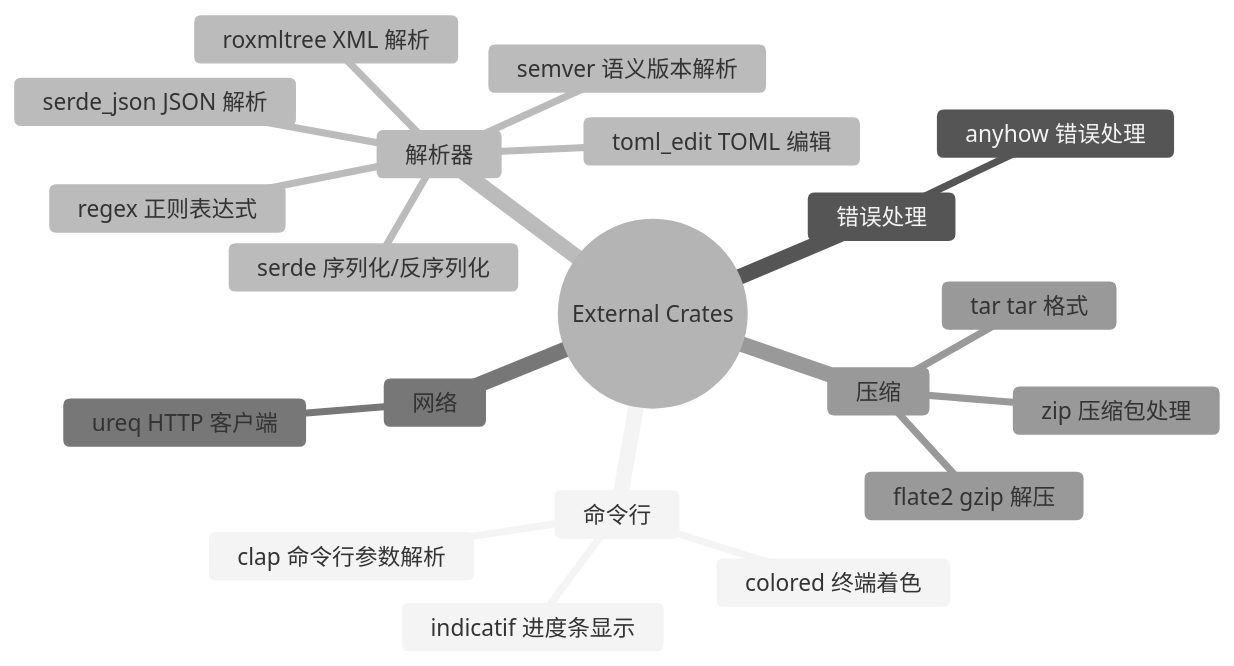
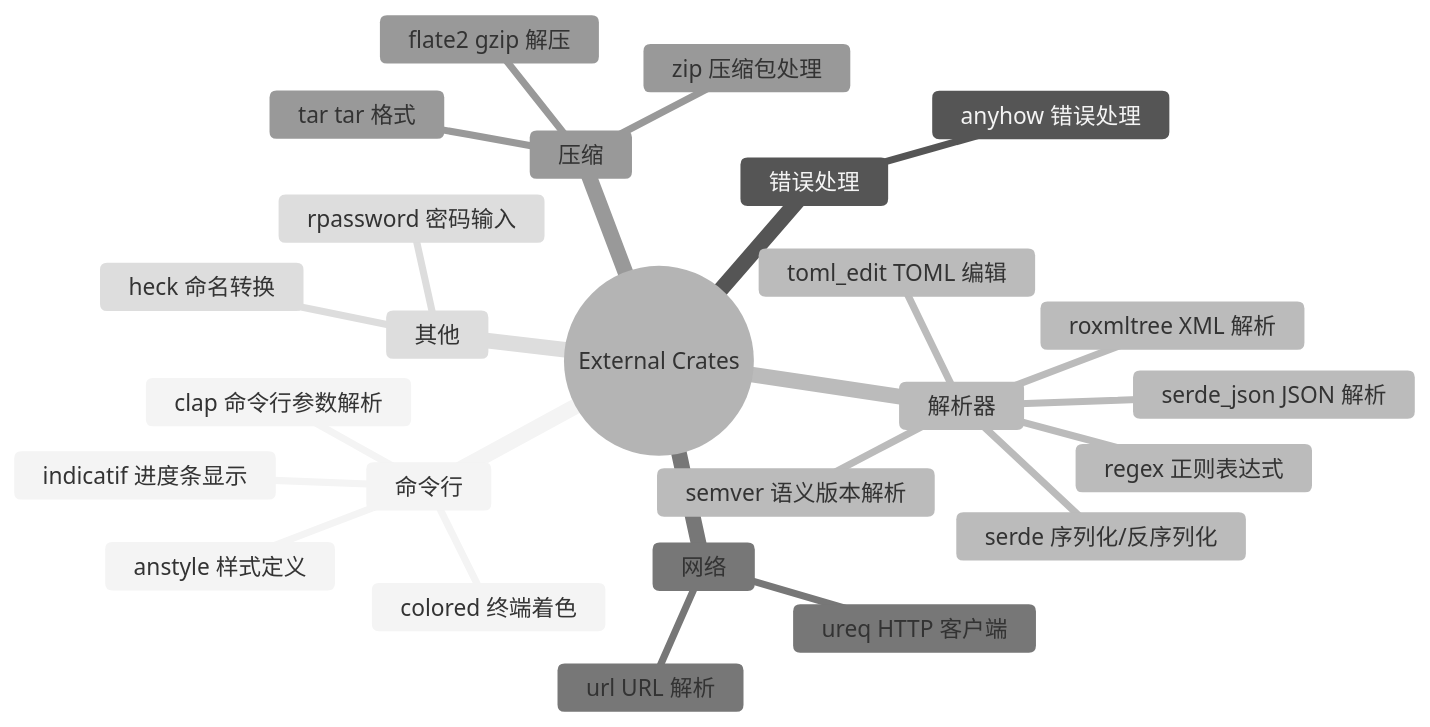
The eighth of 9 diagrams in docs/architecture.md (Jeanhwea/project-manager-app), drawn with Mermaid (neutral theme) before and after one commit. The commit also changed other lines of this file, not shown here.

````diff
--- a/docs/architecture.md
+++ b/docs/architecture.md
@@ -451,23 +573,28 @@
 ```mermaid
 mindmap
   root((External Crates))
     命令行
       clap 命令行参数解析
       colored 终端着色
+      anstyle 样式定义
       indicatif 进度条显示
     错误处理
       anyhow 错误处理
     解析器
       regex 正则表达式
       serde 序列化/反序列化
       toml_edit TOML 编辑
       roxmltree XML 解析
       serde_json JSON 解析
       semver 语义版本解析
     网络
       ureq HTTP 客户端
+      url URL 解析
     压缩
       zip 压缩包处理
       tar tar 格式
       flate2 gzip 解压
+    其他
+      heck 命名转换
+      rpassword 密码输入
 ```
````
